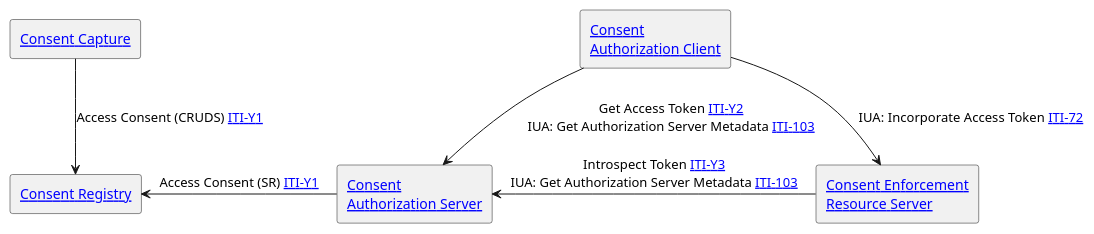
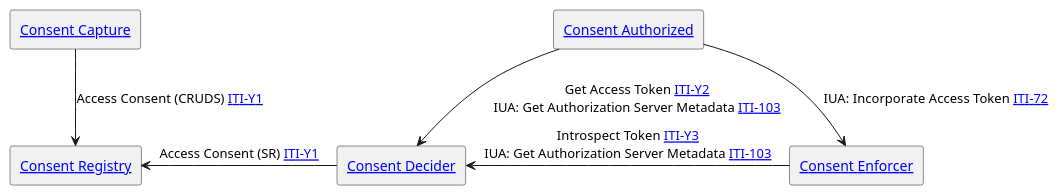
The diagram in input/images-source/ActorsAndTransactions.plantuml (IHE/ITI.PCF), drawn with PlantUML before and after one commit. The commit also changed 5 other files, not shown here.

```diff
--- a/input/images-source/ActorsAndTransactions.plantuml
+++ b/input/images-source/ActorsAndTransactions.plantuml
@@ -1,12 +1,12 @@
 @startuml
 agent "[[#consentcapture Consent Capture]]" as capture
 agent "[[#consentregistry Consent Registry]]" as registry
 capture -down-> registry : "Access Consent (CRUDS) [[ITI-Y1.html ITI-Y1]]"
-agent "[[#consentclient Consent\nAuthorization Client]]" as client 
-agent "[[#consentdecision Consent\nAuthorization Server]]" as decision
-agent "[[#consentenforce Consent Enforcement\nResource Server]]" as enforce
-client -down-> decision : "Get Access Token [[ITI-Y2.html ITI-Y2]]\nIUA: Get Authorization Server Metadata [[https://profiles.ihe.net/ITI/IUA/index.html#3103-get-authorization-server-metadata-iti-103 ITI-103]]"
-decision -left-> registry: "Access Consent (SR) [[ITI-Y1.html ITI-Y1]]"
-client -> enforce : "IUA: Incorporate Access Token [[https://profiles.ihe.net/ITI/IUA/index.html#372-incorporate-access-token-iti-72 ITI-72]]"
-enforce -left-> decision : "Introspect Token [[ITI-Y3.html ITI-Y3]]\nIUA: Get Authorization Server Metadata [[https://profiles.ihe.net/ITI/IUA/index.html#3103-get-authorization-server-metadata-iti-103 ITI-103]]"
+agent "[[#consentclient Consent Authorized]]" as client 
+agent "[[#consentdecider Consent Decider]]" as decider
+agent "[[#consentenforce Consent Enforcer]]" as enforcer
+client -down-> decider : "Get Access Token [[ITI-Y2.html ITI-Y2]]\nIUA: Get Authorization Server Metadata [[https://profiles.ihe.net/ITI/IUA/index.html#3103-get-authorization-server-metadata-iti-103 ITI-103]]"
+decider -left-> registry: "Access Consent (SR) [[ITI-Y1.html ITI-Y1]]"
+client -> enforcer : "IUA: Incorporate Access Token [[https://profiles.ihe.net/ITI/IUA/index.html#372-incorporate-access-token-iti-72 ITI-72]]"
+enforcer -left-> decider : "Introspect Token [[ITI-Y3.html ITI-Y3]]\nIUA: Get Authorization Server Metadata [[https://profiles.ihe.net/ITI/IUA/index.html#3103-get-authorization-server-metadata-iti-103 ITI-103]]"
 @enduml
```
